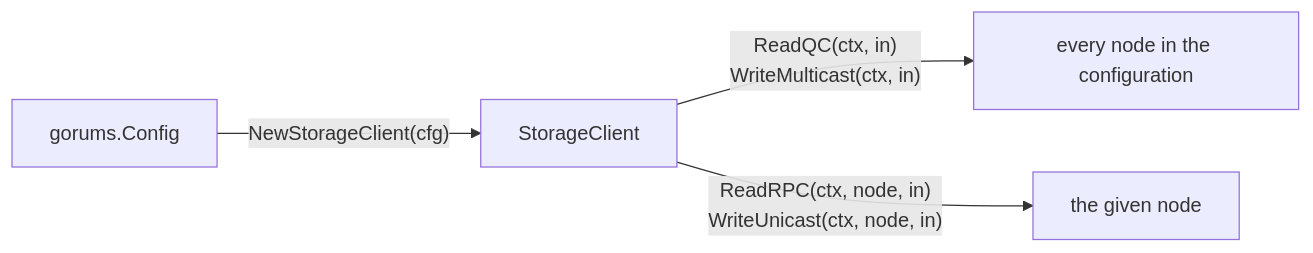
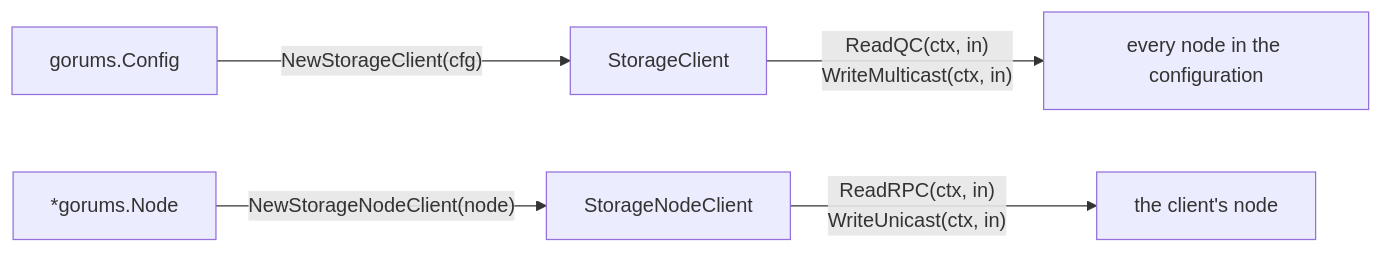
The second of 5 diagrams in doc/user-guide.md (relab/gorums), drawn with Mermaid before and after one commit. The commit also changed other lines of this file and 3 other files, not shown here.

First line of the commit message:
doc: describe the configuration client and the node client

````diff
--- a/doc/user-guide.md
+++ b/doc/user-guide.md
@@ -240,6 +249,7 @@
 ```mermaid
 flowchart LR
     cfg["gorums.Config"] -- "NewStorageClient(cfg)" --> client["StorageClient"]
     client -- "ReadQC(ctx, in)<br/>WriteMulticast(ctx, in)" --> all["every node in the configuration"]
-    client -- "ReadRPC(ctx, node, in)<br/>WriteUnicast(ctx, node, in)" --> one["the given node"]
+    node["*gorums.Node"] -- "NewStorageNodeClient(node)" --> nodeClient["StorageNodeClient"]
+    nodeClient -- "ReadRPC(ctx, in)<br/>WriteUnicast(ctx, in)" --> one["the client's node"]
 ```
````
